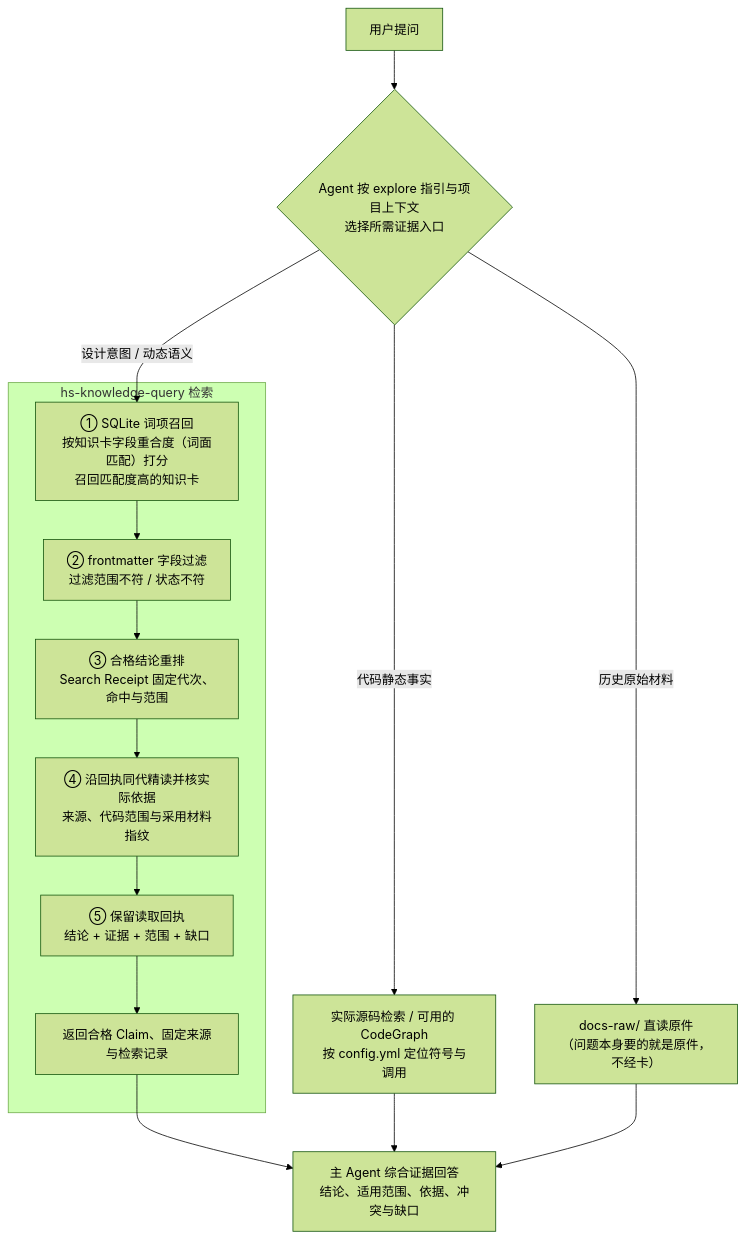
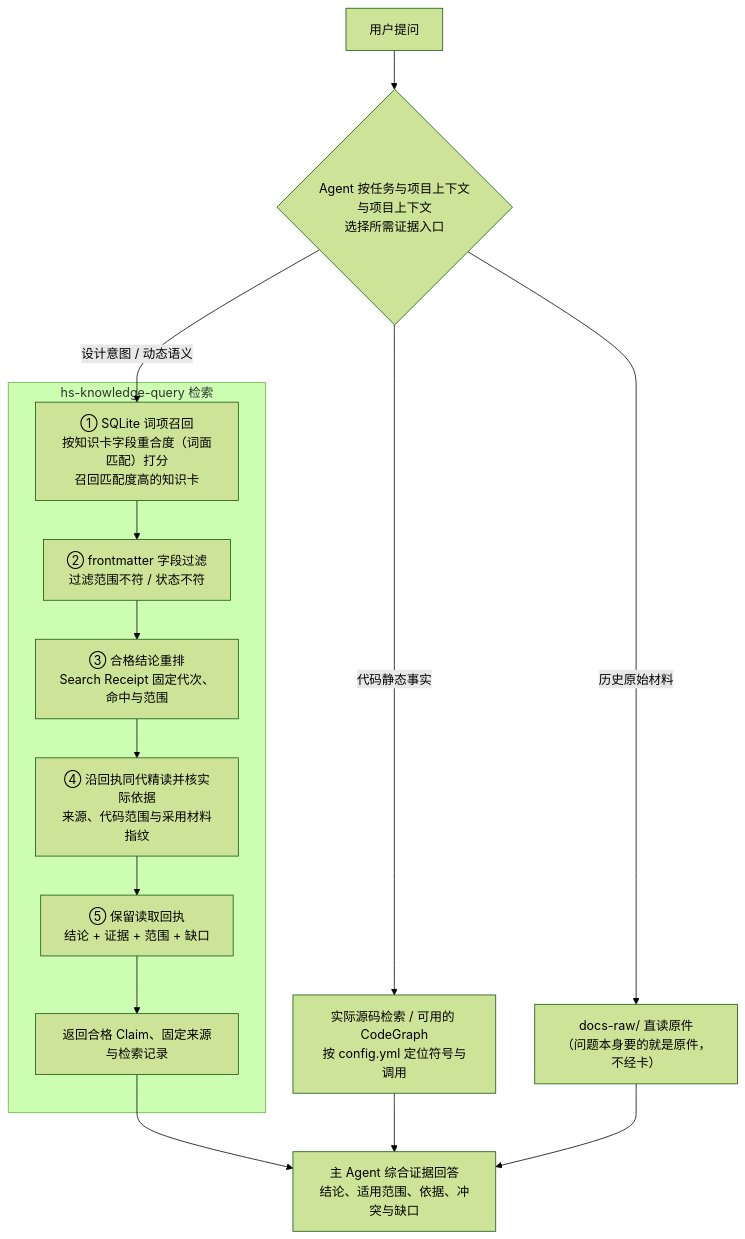
Before and after one commit to Robin-hhc/FactumCore: the ninth of 10 diagrams in himate/himate-knowledge-wifi-mp/docs-llm-wiki/HiMate知识库架构设计.md, drawn with Mermaid (forest theme). The commit also changed other lines of this file and 62 other files, not shown here.

````diff
--- a/himate/himate-knowledge-wifi-mp/docs-llm-wiki/HiMate知识库架构设计.md
+++ b/himate/himate-knowledge-wifi-mp/docs-llm-wiki/HiMate知识库架构设计.md
@@ -568,20 +567,20 @@
 ```mermaid
 flowchart TB
-    Q["用户提问"] --> R{"Agent 按 explore 指引与项目上下文<br />选择所需证据入口"}
+    Q["用户提问"] --> R{"Agent 按任务与项目上下文与项目上下文<br />选择所需证据入口"}
 
     R -->|"代码静态事实"| CODE["实际源码检索 / 可用的 CodeGraph<br />按 config.yml 定位符号与调用"]
     R -->|"历史原始材料"| RAW["docs-raw/ 直读原件<br />（问题本身要的就是原件，不经卡）"]
 
     subgraph KQ["hs-knowledge-query 检索"]
         C["① SQLite 词项召回<br />按知识卡字段重合度（词面匹配）打分<br />召回匹配度高的知识卡"] --> D["② frontmatter 字段过滤<br />过滤范围不符 / 状态不符<br />"]
         D --> E["③ 合格结论重排<br />Search Receipt 固定代次、命中与范围"]
         E --> F["④ 沿回执同代精读并核实际依据<br />来源、代码范围与采用材料指纹"]
         F --> G["⑤ 保留读取回执<br />结论 + 证据 + 范围 + 缺口"]
         G --> H["返回合格 Claim、固定来源与检索记录"]
     end
 
     R -->|"设计意图 / 动态语义"| C
     H --> ANSWER["主 Agent 综合证据回答<br />结论、适用范围、依据、冲突与缺口"]
     CODE --> ANSWER
     RAW --> ANSWER
 ```
````
